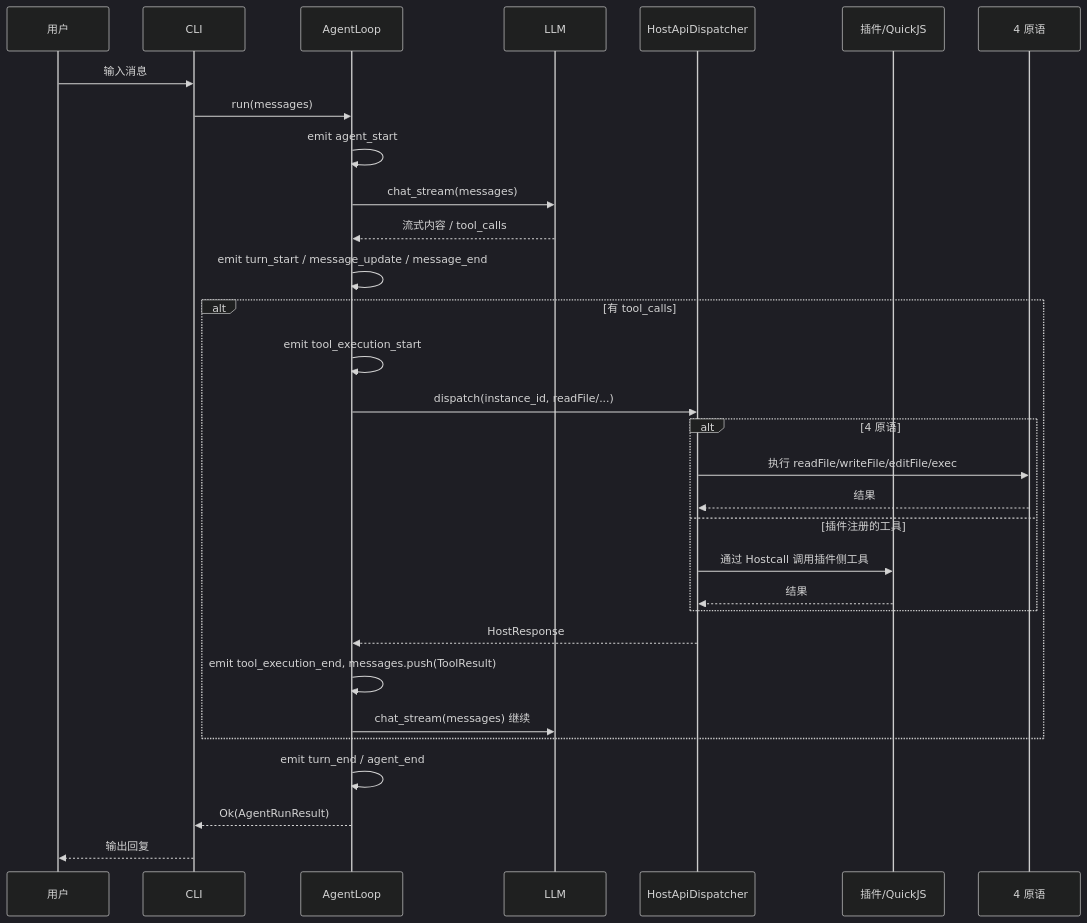
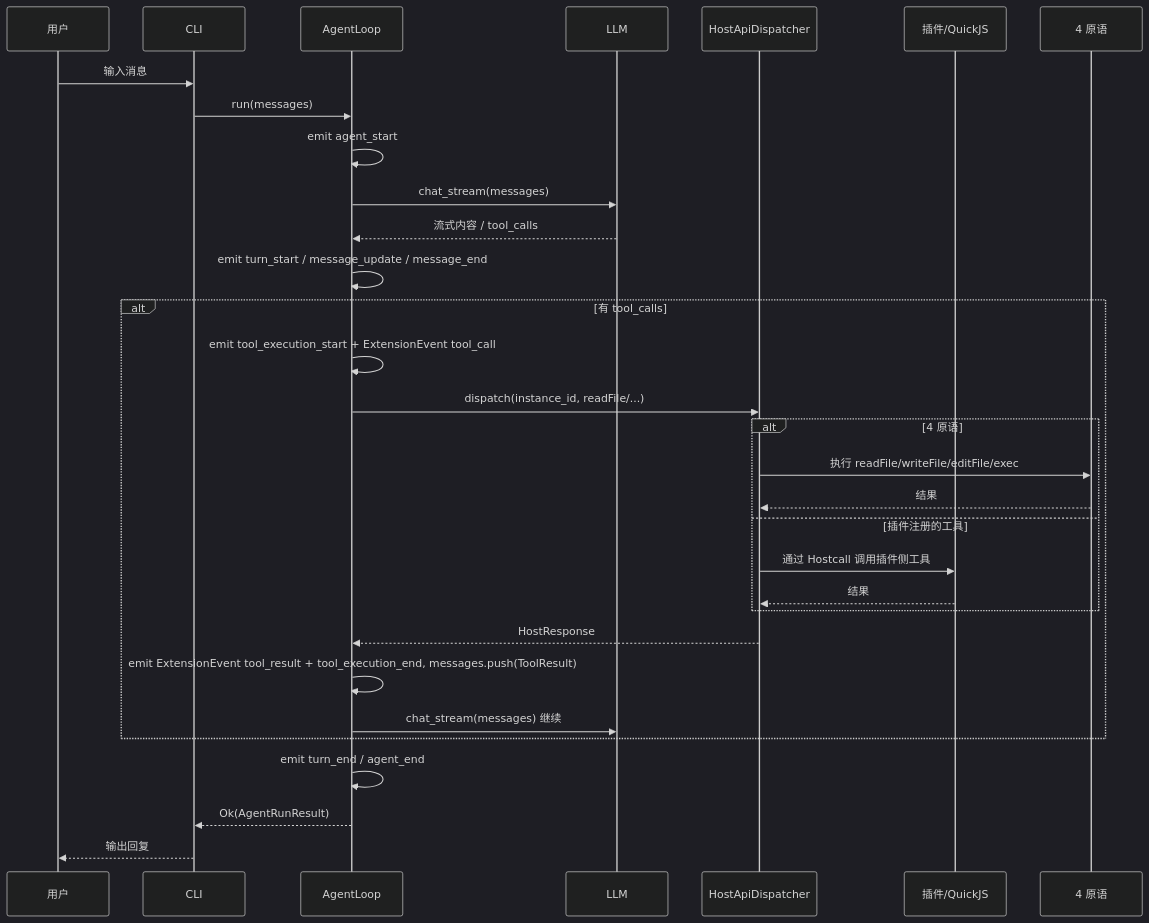
The second of 2 diagrams in pi-rust-wasm/openspec/specs/architecture/project-overview-panorama.md (teisun/tomcat-agent), drawn with Mermaid (dark theme) before and after one commit. The commit also changed other lines of this file and 18 other files, not shown here.

First line of the commit message:
feat(pi-rust-wasm): pi-mono 工具事件五段对齐 (tool_execution_* + ExtensionEvent)

````diff
--- a/pi-rust-wasm/openspec/specs/architecture/project-overview-panorama.md
+++ b/pi-rust-wasm/openspec/specs/architecture/project-overview-panorama.md
@@ -87,34 +87,34 @@
 ```mermaid
 sequenceDiagram
   participant User as 用户
   participant CLI as CLI
   participant AgentLoop as AgentLoop
   participant LLM as LLM
   participant Dispatcher as HostApiDispatcher
   participant Plugin as 插件/QuickJS
   participant Primitive as 4 原语
 
   User->>CLI: 输入消息
   CLI->>AgentLoop: run(messages)
   AgentLoop->>AgentLoop: emit agent_start
   AgentLoop->>LLM: chat_stream(messages)
   LLM-->>AgentLoop: 流式内容 / tool_calls
   AgentLoop->>AgentLoop: emit turn_start / message_update / message_end
   alt 有 tool_calls
-    AgentLoop->>AgentLoop: emit tool_execution_start
+    AgentLoop->>AgentLoop: emit tool_execution_start + ExtensionEvent tool_call
     AgentLoop->>Dispatcher: dispatch(instance_id, readFile/...)
     alt 4 原语
       Dispatcher->>Primitive: 执行 readFile/writeFile/editFile/exec
       Primitive-->>Dispatcher: 结果
     else 插件注册的工具
       Dispatcher->>Plugin: 通过 Hostcall 调用插件侧工具
       Plugin-->>Dispatcher: 结果
     end
     Dispatcher-->>AgentLoop: HostResponse
-    AgentLoop->>AgentLoop: emit tool_execution_end, messages.push(ToolResult)
+    AgentLoop->>AgentLoop: emit ExtensionEvent tool_result + tool_execution_end, messages.push(ToolResult)
     AgentLoop->>LLM: chat_stream(messages) 继续
   end
   AgentLoop->>AgentLoop: emit turn_end / agent_end
   AgentLoop-->>CLI: Ok(AgentRunResult)
   CLI-->>User: 输出回复
 ```
````
